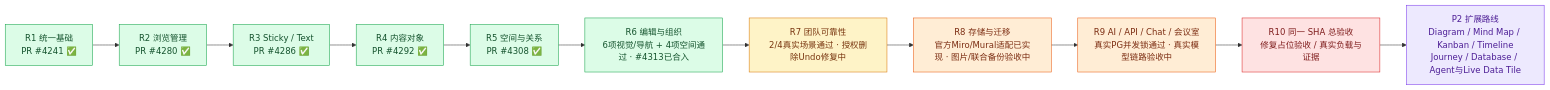
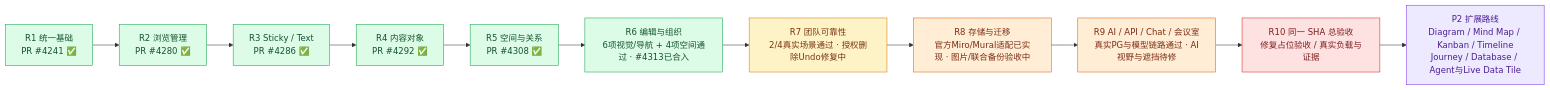
Before and after one commit to boardx/workspacex: the first of 3 diagrams in phases/phase-19-board-visual-workspace/design-deltas/2026-09-26-unified-board-plan.md, drawn with Mermaid. The commit also changed other lines of this file, not shown here.

````diff
--- a/phases/phase-19-board-visual-workspace/design-deltas/2026-09-26-unified-board-plan.md
+++ b/phases/phase-19-board-visual-workspace/design-deltas/2026-09-26-unified-board-plan.md
@@ -23,20 +23,20 @@
 ```mermaid
 flowchart LR
   R1["R1 统一基础<br/>PR #4241 ✅"]:::merged --> R2["R2 浏览管理<br/>PR #4280 ✅"]:::merged
   R2 --> R3["R3 Sticky / Text<br/>PR #4286 ✅"]:::merged
   R3 --> R4["R4 内容对象<br/>PR #4292 ✅"]:::merged
   R4 --> R5["R5 空间与关系<br/>PR #4308 ✅"]:::merged
   R5 --> R6["R6 编辑与组织<br/>6项视觉/导航 + 4项空间通过 · #4313已合入"]:::merged
   R6 --> R7["R7 团队可靠性<br/>2/4真实场景通过 · 授权删除Undo修复中"]:::accepting
   R7 --> R8["R8 存储与迁移<br/>官方Miro/Mural适配已实现 · 图片/联合备份验收中"]:::working
-  R8 --> R9["R9 AI / API / Chat / 会议室<br/>真实PG并发锁通过 · 真实模型链路验收中"]:::working
+  R8 --> R9["R9 AI / API / Chat / 会议室<br/>真实PG与模型链路通过 · AI视野与遮挡待修"]:::working
   R9 --> R10["R10 同一 SHA 总验收<br/>修复占位验收 / 真实负载与证据"]:::blocked
   R10 --> P2["P2 扩展路线<br/>Diagram / Mind Map / Kanban / Timeline<br/>Journey / Database / Agent与Live Data Tile"]:::future
   classDef merged fill:#dcfce7,stroke:#16a34a,color:#14532d
   classDef accepting fill:#fef3c7,stroke:#d97706,color:#78350f
   classDef ready fill:#dbeafe,stroke:#2563eb,color:#1e3a8a
   classDef working fill:#ffedd5,stroke:#ea580c,color:#7c2d12
   classDef blocked fill:#fee2e2,stroke:#dc2626,color:#7f1d1d
   classDef todo fill:#f1f5f9,stroke:#64748b,color:#334155
   classDef future fill:#ede9fe,stroke:#7c3aed,color:#4c1d95
 ```
````
